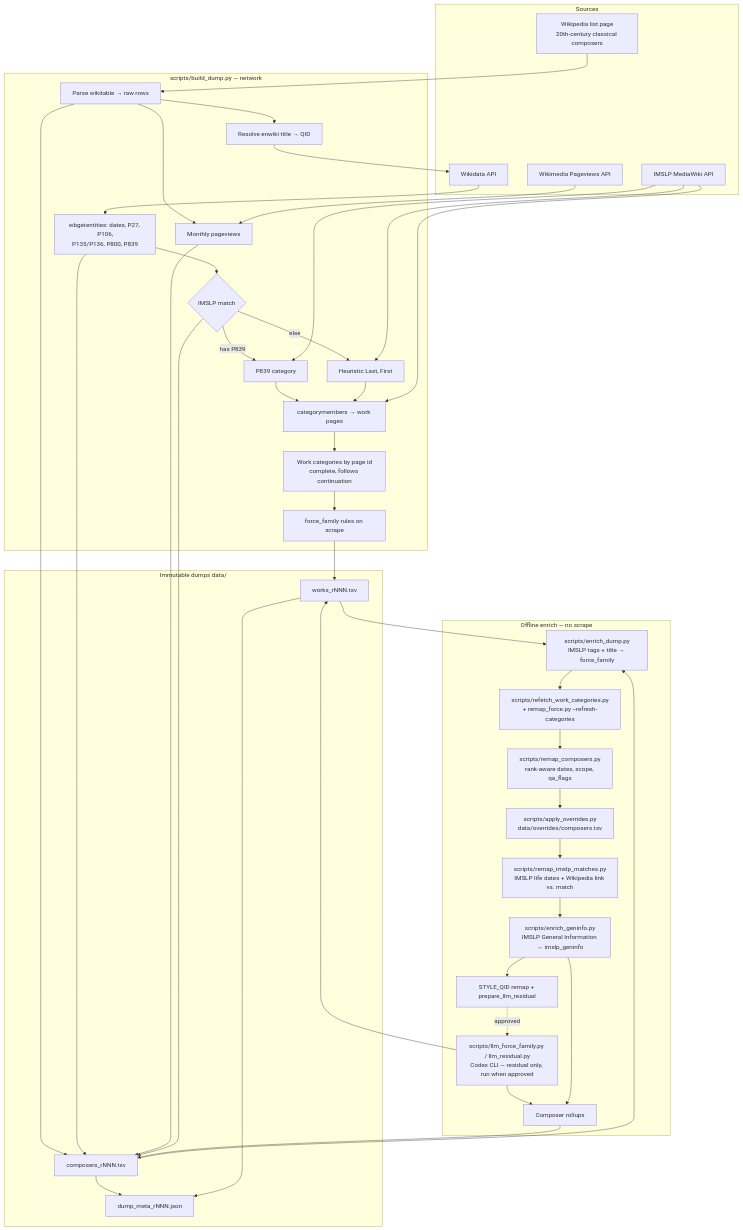
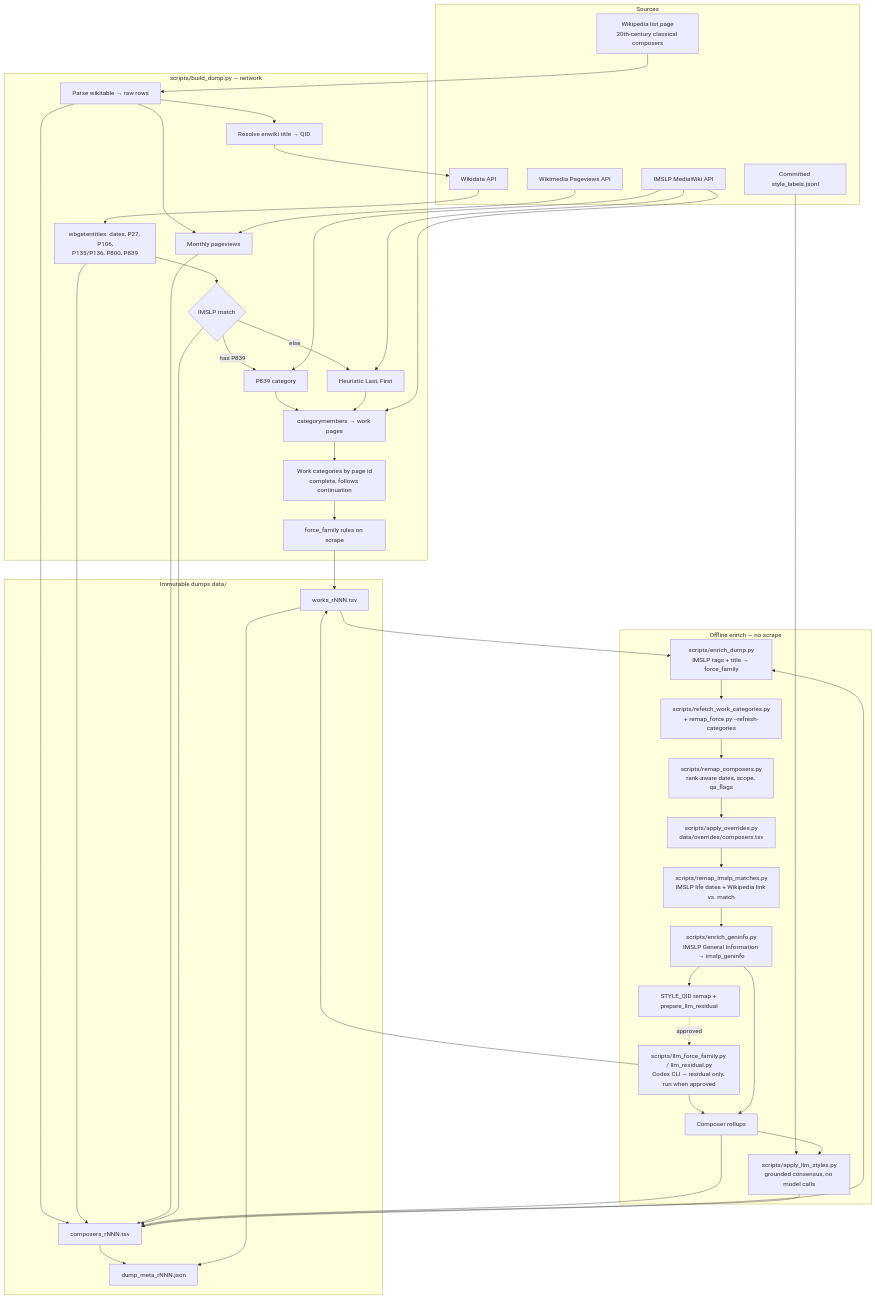
Before and after one commit to egorpol/eu-pd-composers: the first of 2 diagrams in docs/PIPELINE.md, drawn with Mermaid. The commit also changed other lines of this file and 24 other files, not shown here.

First line of the commit message:
Replay grounded LLM style consensus into dump r015 and the viewer.

````diff
--- a/docs/PIPELINE.md
+++ b/docs/PIPELINE.md
@@ -7,65 +7,69 @@
 ```mermaid
 flowchart TB
   subgraph sources [Sources]
     WIKI[Wikipedia list page<br/>20th-century classical composers]
     WD[Wikidata API]
     PV[Wikimedia Pageviews API]
     IMSLP[IMSLP MediaWiki API]
+    LEDGER[Committed style_labels.jsonl]
   end
 
   subgraph scrape [scripts/build_dump.py — network]
     PARSE[Parse wikitable → raw rows]
     QID[Resolve enwiki title → QID]
     ENRICH[wbgetentities: dates, P27, P106,<br/>P135/P136, P800, P839]
     PAGEVIEWS[Monthly pageviews]
     MATCH{IMSLP match}
     P839[P839 category]
     HEUR[Heuristic Last, First]
     WORKS[categorymembers → work pages]
     CATS[Work categories by page id<br/>complete, follows continuation]
     FF1[force_family rules on scrape]
   end
 
   subgraph offline [Offline enrich — no scrape]
     ENR[scripts/enrich_dump.py<br/>IMSLP tags + title → force_family]
     GI[scripts/enrich_geninfo.py<br/>IMSLP General Information → imslp_geninfo]
     STY[STYLE_QID remap + prepare_llm_residual]
     REFRESH["scripts/refetch_work_categories.py<br/>+ remap_force.py --refresh-categories"]
     WDREMAP[scripts/remap_composers.py<br/>rank-aware dates, scope, qa_flags]
     OVR[scripts/apply_overrides.py<br/>data/overrides/composers.tsv]
     IDENT[scripts/remap_imslp_matches.py<br/>IMSLP life dates + Wikipedia link vs. match]
+    STYLEREPLAY[scripts/apply_llm_styles.py<br/>grounded consensus, no model calls]
     LLM[scripts/llm_force_family.py / llm_residual.py<br/>Codex CLI — residual only, run when approved]
     ROLL[Composer rollups]
   end
 
   subgraph out [Immutable dumps data/]
     C[composers_rNNN.tsv]
     WK[works_rNNN.tsv]
     META[dump_meta_rNNN.json]
   end
 
   WIKI --> PARSE --> QID
   QID --> WD --> ENRICH
   PARSE --> PAGEVIEWS
   PV --> PAGEVIEWS
   ENRICH --> MATCH
   MATCH -->|has P839| P839 --> WORKS
   MATCH -->|else| HEUR --> WORKS
   IMSLP --> P839
   IMSLP --> HEUR
   IMSLP --> WORKS --> CATS --> FF1
   PARSE --> C
   ENRICH --> C
   PAGEVIEWS --> C
   MATCH --> C
   FF1 --> WK
   C --> ENR
   WK --> ENR
   ENR --> REFRESH --> WDREMAP --> OVR --> IDENT --> GI --> STY
   STY -.->|approved| LLM
   LLM --> ROLL --> C
   LLM --> WK
   GI --> ROLL
+  LEDGER --> STYLEREPLAY
+  ROLL --> STYLEREPLAY --> C
   C --> META
   WK --> META
 ```
````
